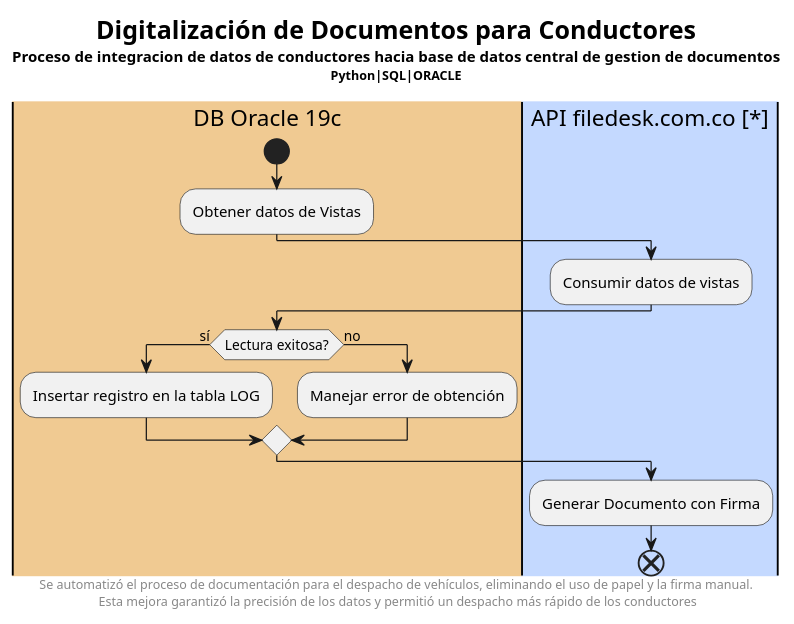
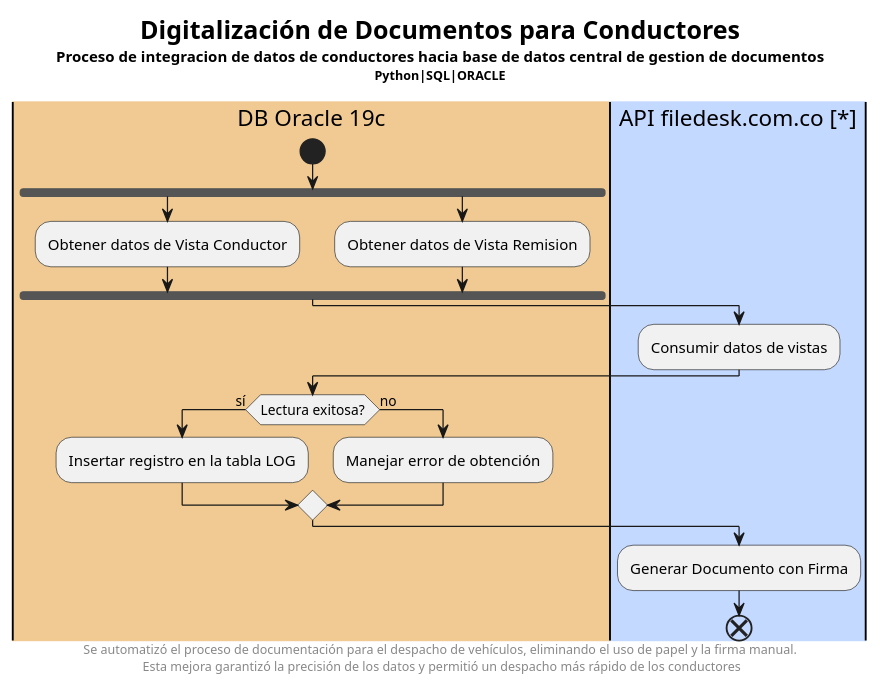
One commit to dianipineda/repositorio_diagramas_uml changed the diagram in integracion_datos_conductor_a_documento.plantuml. Above: the diagram before and after it, drawn with PlantUML. The commit also changed 1 other file, not shown here.

Commit message:
ajuste en uml de conductor con adicion de fork y creacion de integracion distribucion costos labor

```diff
--- a/integracion_datos_conductor_a_documento.plantuml
+++ b/integracion_datos_conductor_a_documento.plantuml
@@ -1,25 +1,29 @@
 @startuml
 
 title <size:20>Digitalización de Documentos para Conductores\n<size:12>Proceso de integracion de datos de conductores hacia base de datos central de gestion de documentos\n<size:10>Python|SQL|ORACLE
 ' Footer con comentario sobre las mejoras
 footer Se automatizó el proceso de documentación para el despacho de vehículos, eliminando el uso de papel y la firma manual.\n Esta mejora garantizó la precisión de los datos y permitió un despacho más rápido de los conductores
 
 |#F0CA92|DB Oracle 19c|
 start
-:Obtener datos de Vistas;
+fork
+:Obtener datos de Vista Conductor;
+fork again
+:Obtener datos de Vista Remision;
+end fork
 
 |#C4D9FF|API filedesk.com.co [*]|
 :Consumir datos de vistas;
 
 |#F0CA92|DB Oracle 19c|
 if (Lectura exitosa?) then (sí)
   :Insertar registro en la tabla LOG;
 else (no)
   :Manejar error de obtención;
 endif
 
 |#C4D9FF|API filedesk.com.co [*]|
 :Generar Documento con Firma;
 end
 
 @enduml
```
